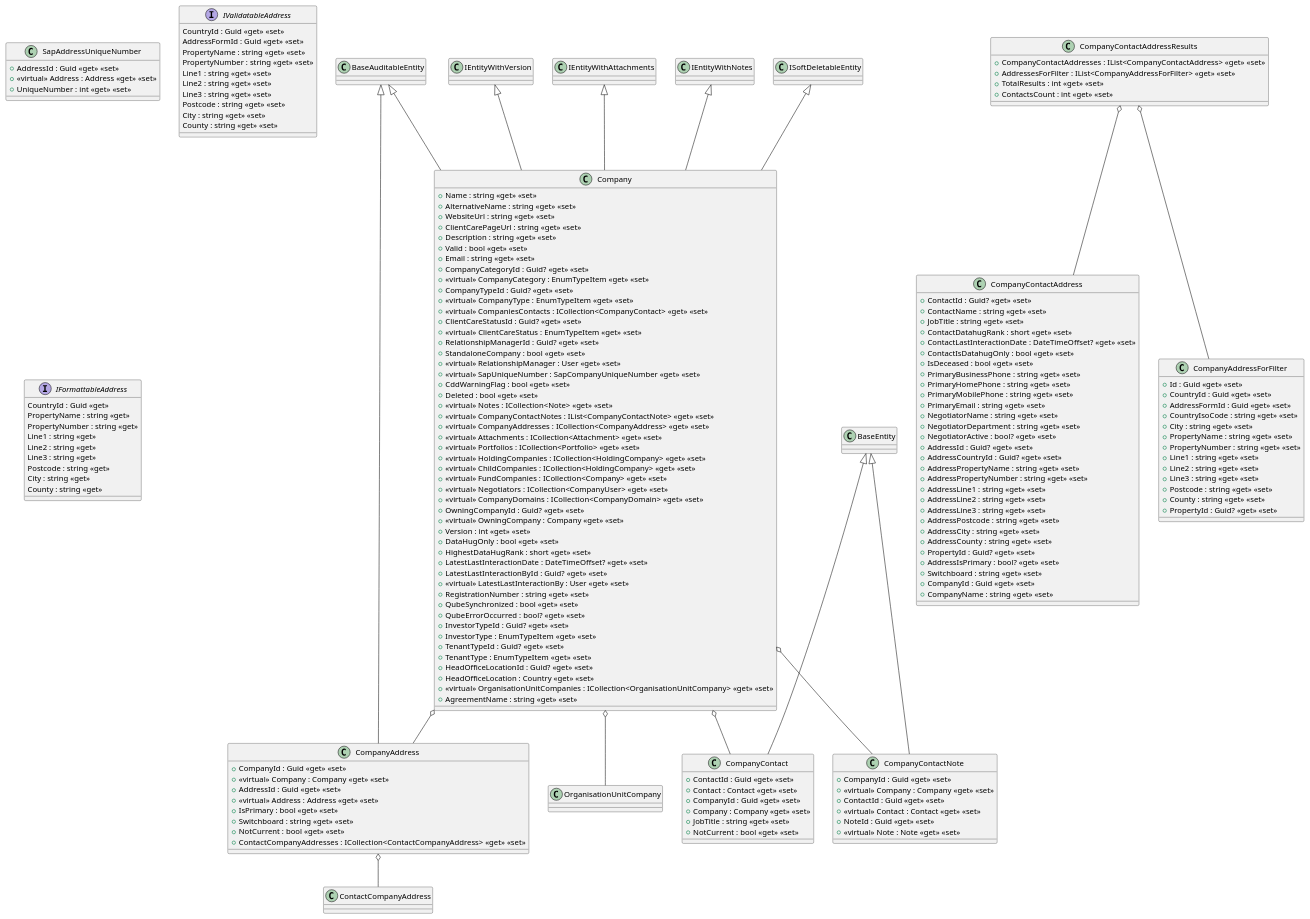
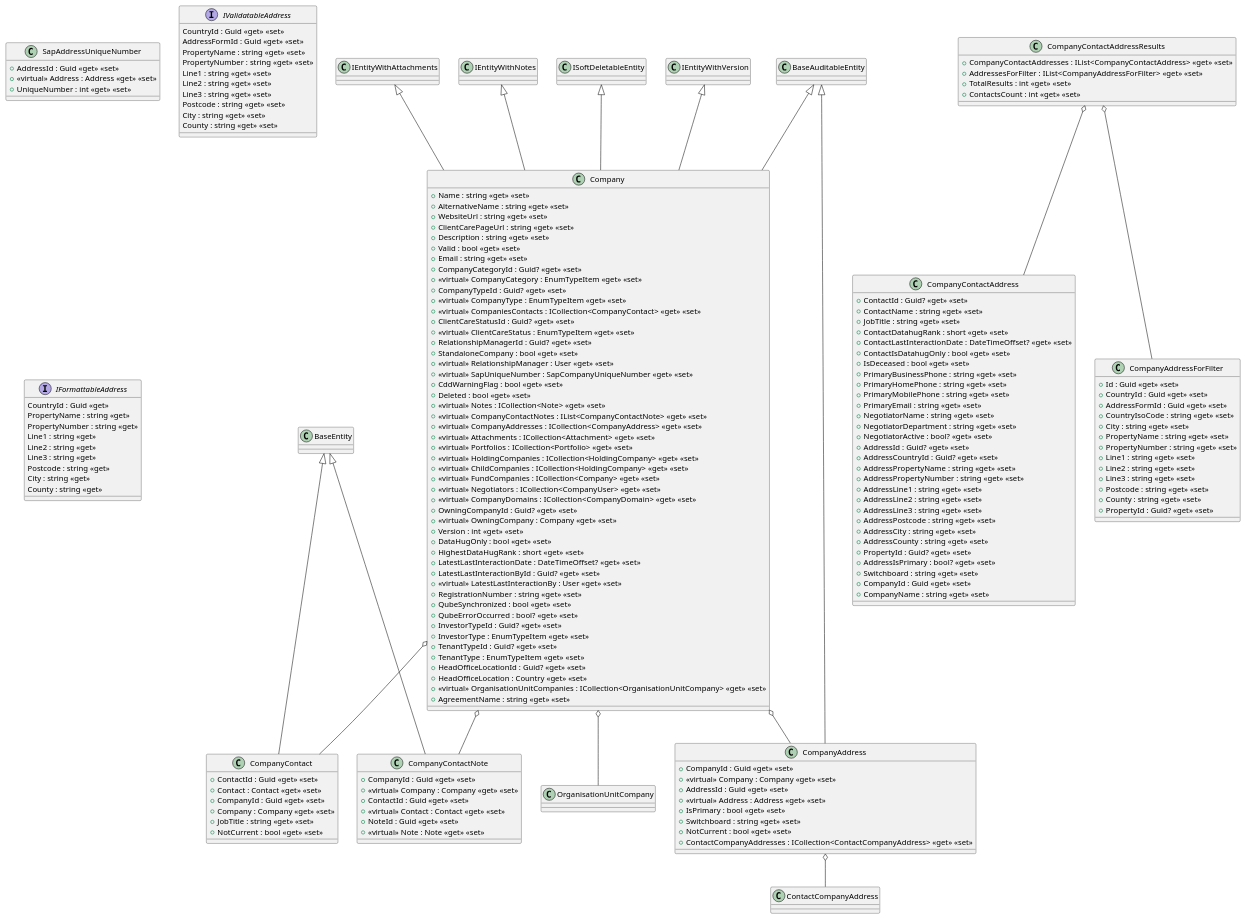
One commit to Kf-GaryNewport/Kf-GaryNewport.github.io changed the diagram in assets/Address3.puml. Above: the diagram before and after it, drawn with PlantUML. The commit also changed other lines of this file, not shown here.

```diff
--- a/assets/Address3.puml
+++ b/assets/Address3.puml
@@ -1,189 +1,189 @@
 @startuml Address
 
 class Company {
     + Name : string <<get>> <<set>>
     + AlternativeName : string <<get>> <<set>>
     + WebsiteUrl : string <<get>> <<set>>
     + ClientCarePageUrl : string <<get>> <<set>>
     + Description : string <<get>> <<set>>
     + Valid : bool <<get>> <<set>>
     + Email : string <<get>> <<set>>
     + CompanyCategoryId : Guid? <<get>> <<set>>
     + <<virtual>> CompanyCategory : EnumTypeItem <<get>> <<set>>
     + CompanyTypeId : Guid? <<get>> <<set>>
     + <<virtual>> CompanyType : EnumTypeItem <<get>> <<set>>
     + <<virtual>> CompaniesContacts : ICollection<CompanyContact> <<get>> <<set>>
     + ClientCareStatusId : Guid? <<get>> <<set>>
     + <<virtual>> ClientCareStatus : EnumTypeItem <<get>> <<set>>
     + RelationshipManagerId : Guid? <<get>> <<set>>
     + StandaloneCompany : bool <<get>> <<set>>
     + <<virtual>> RelationshipManager : User <<get>> <<set>>
     + <<virtual>> SapUniqueNumber : SapCompanyUniqueNumber <<get>> <<set>>
     + CddWarningFlag : bool <<get>> <<set>>
     + Deleted : bool <<get>> <<set>>
     + <<virtual>> Notes : ICollection<Note> <<get>> <<set>>
     + <<virtual>> CompanyContactNotes : IList<CompanyContactNote> <<get>> <<set>>
     + <<virtual>> CompanyAddresses : ICollection<CompanyAddress> <<get>> <<set>>
     + <<virtual>> Attachments : ICollection<Attachment> <<get>> <<set>>
     + <<virtual>> Portfolios : ICollection<Portfolio> <<get>> <<set>>
     + <<virtual>> HoldingCompanies : ICollection<HoldingCompany> <<get>> <<set>>
     + <<virtual>> ChildCompanies : ICollection<HoldingCompany> <<get>> <<set>>
     + <<virtual>> FundCompanies : ICollection<Company> <<get>> <<set>>
     + <<virtual>> Negotiators : ICollection<CompanyUser> <<get>> <<set>>
     + <<virtual>> CompanyDomains : ICollection<CompanyDomain> <<get>> <<set>>
     + OwningCompanyId : Guid? <<get>> <<set>>
     + <<virtual>> OwningCompany : Company <<get>> <<set>>
     + Version : int <<get>> <<set>>
     + DataHugOnly : bool <<get>> <<set>>
     + HighestDataHugRank : short <<get>> <<set>>
     + LatestLastInteractionDate : DateTimeOffset? <<get>> <<set>>
     + LatestLastInteractionById : Guid? <<get>> <<set>>
     + <<virtual>> LatestLastInteractionBy : User <<get>> <<set>>
     + RegistrationNumber : string <<get>> <<set>>
     + QubeSynchronized : bool <<get>> <<set>>
     + QubeErrorOccurred : bool? <<get>> <<set>>
     + InvestorTypeId : Guid? <<get>> <<set>>
     + InvestorType : EnumTypeItem <<get>> <<set>>
     + TenantTypeId : Guid? <<get>> <<set>>
     + TenantType : EnumTypeItem <<get>> <<set>>
     + HeadOfficeLocationId : Guid? <<get>> <<set>>
     + HeadOfficeLocation : Country <<get>> <<set>>
     + <<virtual>> OrganisationUnitCompanies : ICollection<OrganisationUnitCompany> <<get>> <<set>>
     + AgreementName : string <<get>> <<set>>
 }
-BaseAuditableEntity <|-- Company
-IEntityWithAttachments <|-- Company
-IEntityWithNotes <|-- Company
-ISoftDeletableEntity <|-- Company
-IEntityWithVersion <|-- Company
-Company o-- CompanyAddress
-Company o-- OrganisationUnitCompany
-Company o-- CompanyContact
-Company o-- CompanyContactNote
+
 
 class CompanyContact {
     + ContactId : Guid <<get>> <<set>>
     + Contact : Contact <<get>> <<set>>
     + CompanyId : Guid <<get>> <<set>>
     + Company : Company <<get>> <<set>>
     + JobTitle : string <<get>> <<set>>
     + NotCurrent : bool <<get>> <<set>>
 }
-BaseEntity <|-- CompanyContact
 
 class CompanyContactNote {
     + CompanyId : Guid <<get>> <<set>>
     + <<virtual>> Company : Company <<get>> <<set>>
     + ContactId : Guid <<get>> <<set>>
     + <<virtual>> Contact : Contact <<get>> <<set>>
     + NoteId : Guid <<get>> <<set>>
     + <<virtual>> Note : Note <<get>> <<set>>
 }
-BaseEntity <|-- CompanyContactNote
 
 class CompanyAddress {
     + CompanyId : Guid <<get>> <<set>>
     + <<virtual>> Company : Company <<get>> <<set>>
     + AddressId : Guid <<get>> <<set>>
     + <<virtual>> Address : Address <<get>> <<set>>
     + IsPrimary : bool <<get>> <<set>>
     + Switchboard : string <<get>> <<set>>
     + NotCurrent : bool <<get>> <<set>>
     + ContactCompanyAddresses : ICollection<ContactCompanyAddress> <<get>> <<set>>
 }
-BaseAuditableEntity <|-- CompanyAddress
-CompanyAddress o-- ContactCompanyAddress
-
-
 
 class SapAddressUniqueNumber {
     + AddressId : Guid <<get>> <<set>>
     + <<virtual>> Address : Address <<get>> <<set>>
     + UniqueNumber : int <<get>> <<set>>
 }
 
 interface IValidatableAddress {
     CountryId : Guid <<get>> <<set>>
     AddressFormId : Guid <<get>> <<set>>
     PropertyName : string <<get>> <<set>>
     PropertyNumber : string <<get>> <<set>>
     Line1 : string <<get>> <<set>>
     Line2 : string <<get>> <<set>>
     Line3 : string <<get>> <<set>>
     Postcode : string <<get>> <<set>>
     City : string <<get>> <<set>>
     County : string <<get>> <<set>>
 }
 
 interface IFormattableAddress {
     CountryId : Guid <<get>>
     PropertyName : string <<get>>
     PropertyNumber : string <<get>>
     Line1 : string <<get>>
     Line2 : string <<get>>
     Line3 : string <<get>>
     Postcode : string <<get>>
     City : string <<get>>
     County : string <<get>>
 }
 
-
 class CompanyContactAddressResults {
     + CompanyContactAddresses : IList<CompanyContactAddress> <<get>> <<set>>
     + AddressesForFilter : IList<CompanyAddressForFilter> <<get>> <<set>>
     + TotalResults : int <<get>> <<set>>
     + ContactsCount : int <<get>> <<set>>
 }
-
-CompanyContactAddressResults o-- CompanyContactAddress
-CompanyContactAddressResults o-- CompanyAddressForFilter
 
 class CompanyContactAddress {
     + ContactId : Guid? <<get>> <<set>>
     + ContactName : string <<get>> <<set>>
     + JobTitle : string <<get>> <<set>>
     + ContactDatahugRank : short <<get>> <<set>>
     + ContactLastInteractionDate : DateTimeOffset? <<get>> <<set>>
     + ContactIsDatahugOnly : bool <<get>> <<set>>
     + IsDeceased : bool <<get>> <<set>>
     + PrimaryBusinessPhone : string <<get>> <<set>>
     + PrimaryHomePhone : string <<get>> <<set>>
     + PrimaryMobilePhone : string <<get>> <<set>>
     + PrimaryEmail : string <<get>> <<set>>
     + NegotiatorName : string <<get>> <<set>>
     + NegotiatorDepartment : string <<get>> <<set>>
     + NegotiatorActive : bool? <<get>> <<set>>
     + AddressId : Guid? <<get>> <<set>>
     + AddressCountryId : Guid? <<get>> <<set>>
     + AddressPropertyName : string <<get>> <<set>>
     + AddressPropertyNumber : string <<get>> <<set>>
     + AddressLine1 : string <<get>> <<set>>
     + AddressLine2 : string <<get>> <<set>>
     + AddressLine3 : string <<get>> <<set>>
     + AddressPostcode : string <<get>> <<set>>
     + AddressCity : string <<get>> <<set>>
     + AddressCounty : string <<get>> <<set>>
     + PropertyId : Guid? <<get>> <<set>>
     + AddressIsPrimary : bool? <<get>> <<set>>
     + Switchboard : string <<get>> <<set>>
     + CompanyId : Guid <<get>> <<set>>
     + CompanyName : string <<get>> <<set>>
 }
 class CompanyAddressForFilter {
     + Id : Guid <<get>> <<set>>
     + CountryId : Guid <<get>> <<set>>
     + AddressFormId : Guid <<get>> <<set>>
     + CountryIsoCode : string <<get>> <<set>>
     + City : string <<get>> <<set>>
     + PropertyName : string <<get>> <<set>>
     + PropertyNumber : string <<get>> <<set>>
     + Line1 : string <<get>> <<set>>
     + Line2 : string <<get>> <<set>>
     + Line3 : string <<get>> <<set>>
     + Postcode : string <<get>> <<set>>
     + County : string <<get>> <<set>>
     + PropertyId : Guid? <<get>> <<set>>
 }
 
 
+BaseAuditableEntity <|-- Company
+IEntityWithAttachments <|-- Company
+IEntityWithNotes <|-- Company
+ISoftDeletableEntity <|-- Company
+IEntityWithVersion <|-- Company
+Company o-- CompanyAddress
+Company o-- OrganisationUnitCompany
+Company o-- CompanyContact
+Company o-- CompanyContactNote
+
+BaseEntity <|-- CompanyContact
+BaseEntity <|-- CompanyContactNote
+BaseAuditableEntity <|-- CompanyAddress
+CompanyAddress o-- ContactCompanyAddress
+
+CompanyContactAddressResults o-- CompanyContactAddress
+CompanyContactAddressResults o-- CompanyAddressForFilter
+
 @enduml
```
